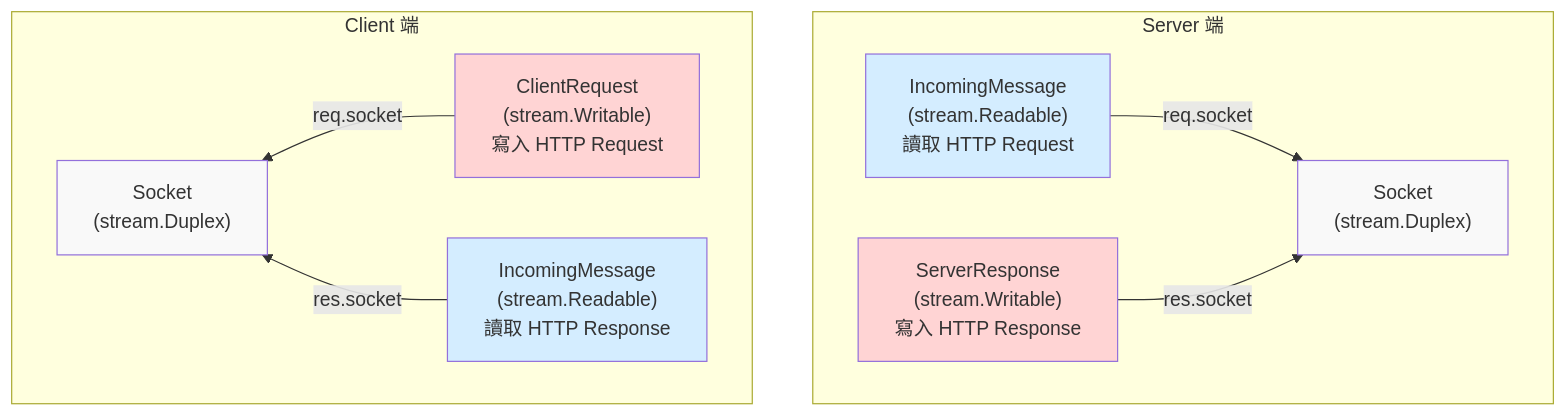
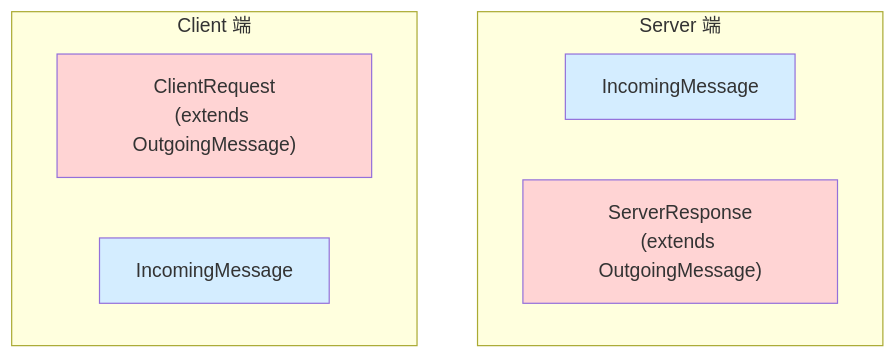
One commit to samuel871211/yusheng-tech-blog changed the second of 2 diagrams in docs/nodejs/http-overview.md. Above: the diagram before and after it, drawn with Mermaid. The commit also changed other lines of this file, not shown here.

Commit message:
Node.js http 模組

````diff
--- a/docs/nodejs/http-overview.md
+++ b/docs/nodejs/http-overview.md
@@ -183,30 +181,18 @@
 ```mermaid
-graph TB
-    direction TB
+graph
     subgraph Server["Server 端"]
-        SSocket["Socket<br/>(stream.Duplex)"]
-        SReq["IncomingMessage<br/>(stream.Readable)<br/>讀取 HTTP Request"]
-        SRes["ServerResponse<br/>(stream.Writable)<br/>寫入 HTTP Response"]
-
-        SReq -->|req.socket| SSocket
-        SRes -->|res.socket| SSocket
+        SReq["IncomingMessage"]
+        SRes["ServerResponse<br/>(extends OutgoingMessage)"]
     end
 
     subgraph Client["Client 端"]
-        direction RL
-        CSocket["Socket<br/>(stream.Duplex)"]
-        CReq["ClientRequest<br/>(stream.Writable)<br/>寫入 HTTP Request"]
-        CRes["IncomingMessage<br/>(stream.Readable)<br/>讀取 HTTP Response"]
-
-        CReq -->|req.socket| CSocket
-        CRes -->|res.socket| CSocket
+        CReq["ClientRequest<br/>(extends OutgoingMessage)"]
+        CRes["IncomingMessage"]
     end
 
-    style CSocket fill:#f9f9f9
     style CReq fill:#ffd4d4
     style CRes fill:#d4edff
 
-    style SSocket fill:#f9f9f9
     style SReq fill:#d4edff
     style SRes fill:#ffd4d4
 ```
````
